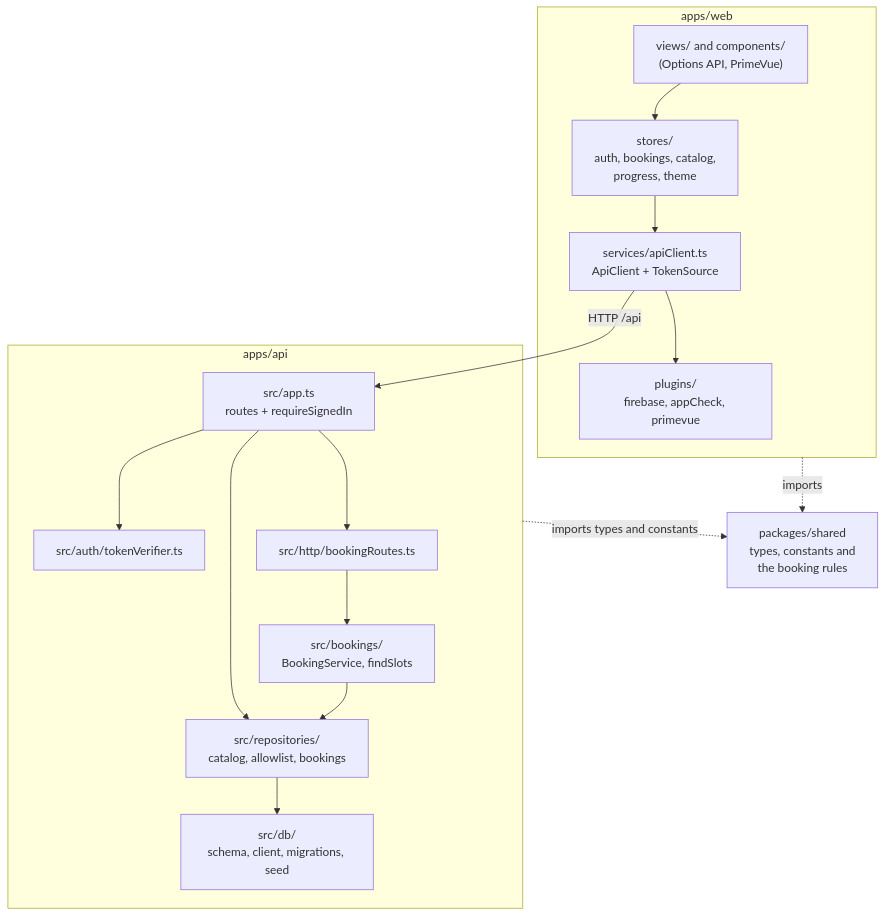
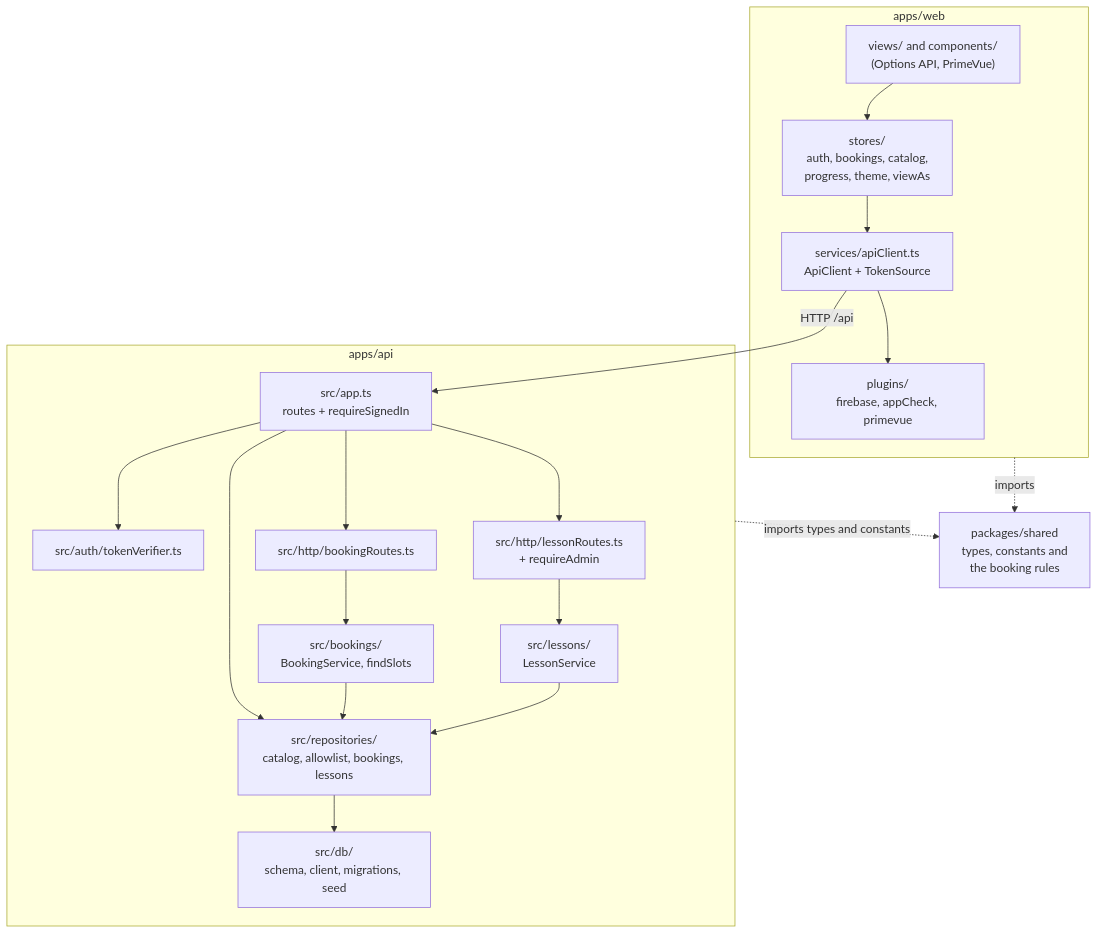
Before and after one commit to Valiance-Studios/halo-drivers-ed: the second of 8 diagrams in ARCHITECTURE.md, drawn with Mermaid. The commit also changed other lines of this file and 58 other files, not shown here.

First line of the commit message:
Add lesson plans, instructor forms, sign-off and View As (#6)

````diff
--- a/ARCHITECTURE.md
+++ b/ARCHITECTURE.md
@@ -76,33 +76,38 @@
 ```mermaid
 flowchart TB
     subgraph web["apps/web"]
         views["views/ and components/<br/>(Options API, PrimeVue)"]
-        stores["stores/<br/>auth, bookings, catalog,<br/>progress, theme"]
+        stores["stores/<br/>auth, bookings, catalog,<br/>progress, theme, viewAs"]
         client["services/apiClient.ts<br/>ApiClient + TokenSource"]
         plugins["plugins/<br/>firebase, appCheck, primevue"]
         views --> stores
         stores --> client
         client --> plugins
     end
 
     subgraph api["apps/api"]
         app["src/app.ts<br/>routes + requireSignedIn"]
         verifier["src/auth/tokenVerifier.ts"]
         bookingRoutes["src/http/bookingRoutes.ts"]
         service["src/bookings/<br/>BookingService, findSlots"]
-        repos["src/repositories/<br/>catalog, allowlist, bookings"]
+        lessonRoutes["src/http/lessonRoutes.ts<br/>+ requireAdmin"]
+        lessonService["src/lessons/<br/>LessonService"]
+        repos["src/repositories/<br/>catalog, allowlist, bookings, lessons"]
         db["src/db/<br/>schema, client, migrations, seed"]
         app --> verifier
         app --> repos
         app --> bookingRoutes
         bookingRoutes --> service
         service --> repos
+        app --> lessonRoutes
+        lessonRoutes --> lessonService
+        lessonService --> repos
         repos --> db
     end
 
     shared["packages/shared<br/>types, constants and<br/>the booking rules"]
 
     client -- "HTTP /api" --> app
     web -. "imports" .-> shared
     api -. "imports types and constants" .-> shared
 ```
````
